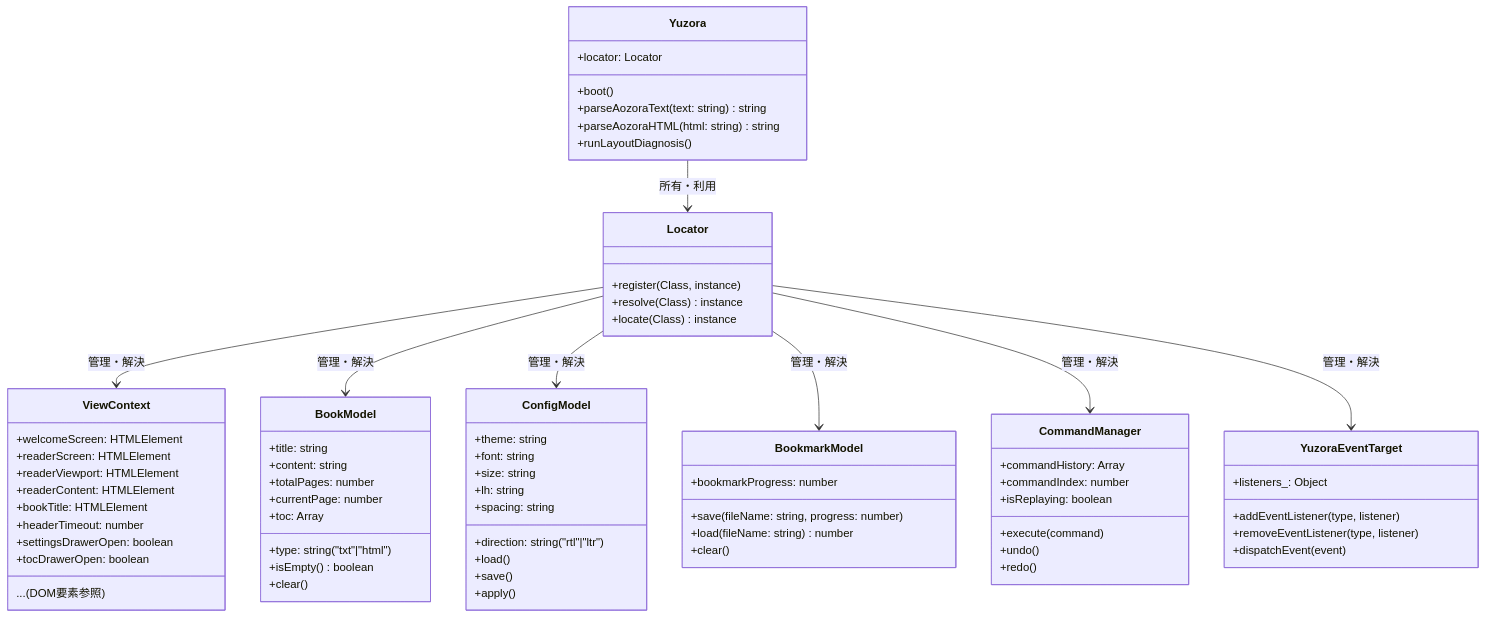
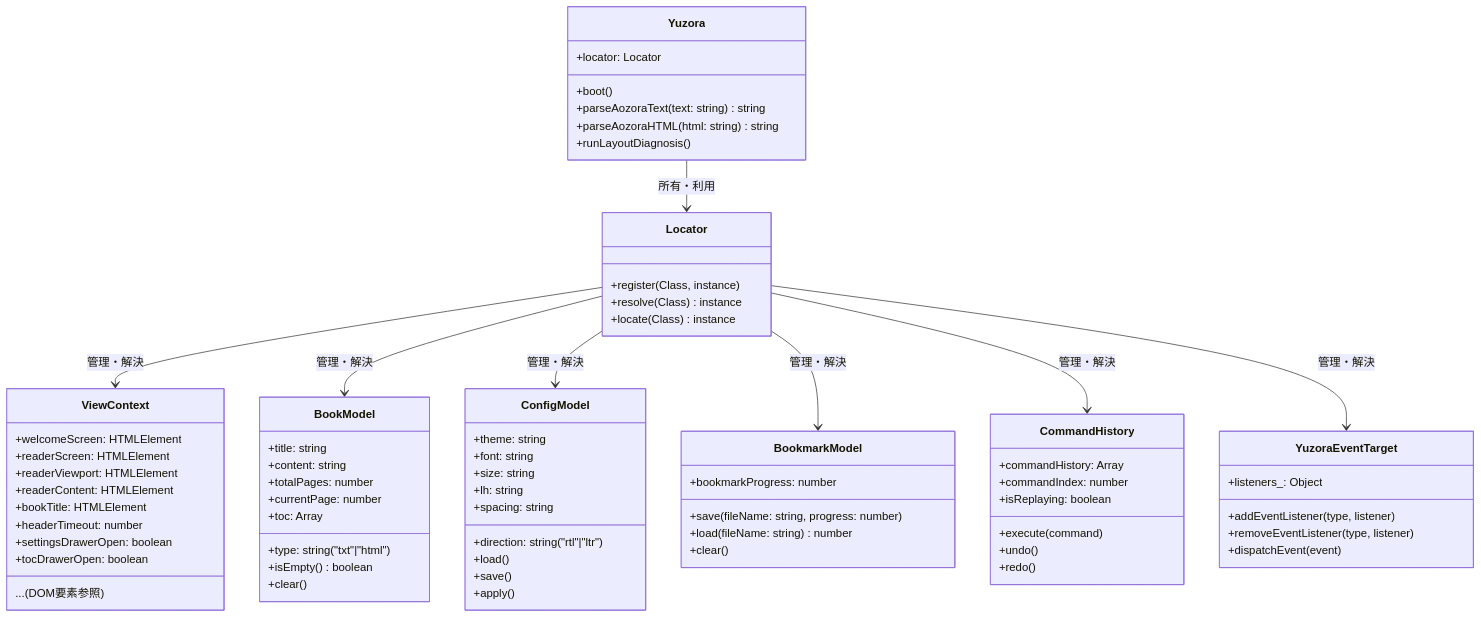
The diagram in docs/backlogs/029-consolidate-class-design-belonging-properties.md (rokujyouhitoma/yuzora), drawn with Mermaid before and after one commit. The commit also changed other lines of this file, not shown here.

Commit message:
docs(backlog): rename CommandManager to CommandHistory in backlog 029 (ID: 029)

````diff
--- a/docs/backlogs/029-consolidate-class-design-belonging-properties.md
+++ b/docs/backlogs/029-consolidate-class-design-belonging-properties.md
@@ -35,76 +35,76 @@
 ```mermaid
 classDiagram
     direction TB
     class Yuzora {
         +locator: Locator
         +boot()
         +parseAozoraText(text: string) string
         +parseAozoraHTML(html: string) string
         +runLayoutDiagnosis()
     }
     class Locator {
         +register(Class, instance)
         +resolve(Class) instance
         +locate(Class) instance
     }
     class ViewContext {
         +welcomeScreen: HTMLElement
         +readerScreen: HTMLElement
         +readerViewport: HTMLElement
         +readerContent: HTMLElement
         +bookTitle: HTMLElement
         ... (DOM要素参照)
         +headerTimeout: number
         +settingsDrawerOpen: boolean
         +tocDrawerOpen: boolean
     }
     class BookModel {
         +title: string
         +content: string
         +type: string ("txt"|"html")
         +totalPages: number
         +currentPage: number
         +toc: Array
         +isEmpty() boolean
         +clear()
     }
     class ConfigModel {
         +theme: string
         +font: string
         +size: string
         +lh: string
         +spacing: string
         +direction: string ("rtl"|"ltr")
         +load()
         +save()
         +apply()
     }
     class BookmarkModel {
         +bookmarkProgress: number
         +save(fileName: string, progress: number)
         +load(fileName: string) number
         +clear()
     }
-    class CommandManager {
+    class CommandHistory {
         +commandHistory: Array
         +commandIndex: number
         +isReplaying: boolean
         +execute(command)
         +undo()
         +redo()
     }
     class YuzoraEventTarget {
         +listeners_: Object
         +addEventListener(type, listener)
         +removeEventListener(type, listener)
         +dispatchEvent(event)
     }
 
     Yuzora --> Locator : 所有・利用
     Locator --> ViewContext : 管理・解決
     Locator --> BookModel : 管理・解決
     Locator --> ConfigModel : 管理・解決
     Locator --> BookmarkModel : 管理・解決
-    Locator --> CommandManager : 管理・解決
+    Locator --> CommandHistory : 管理・解決
     Locator --> YuzoraEventTarget : 管理・解決
 ```
````
